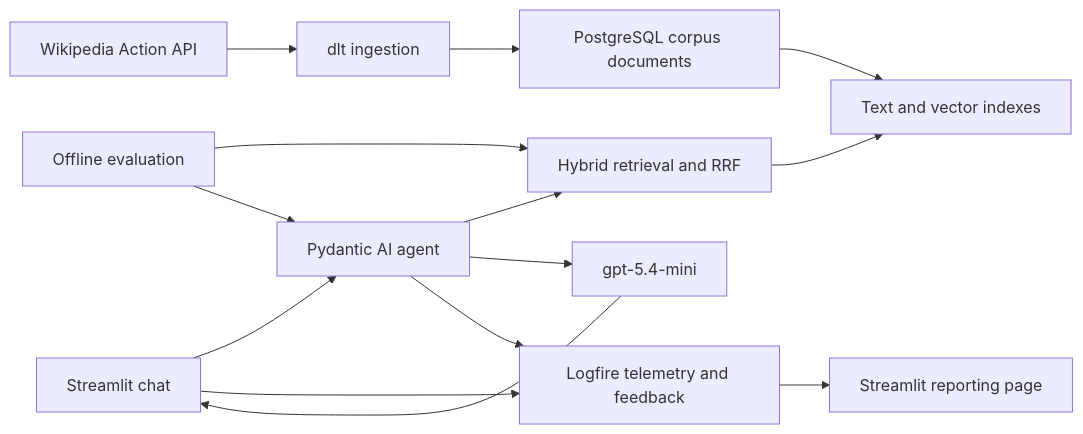
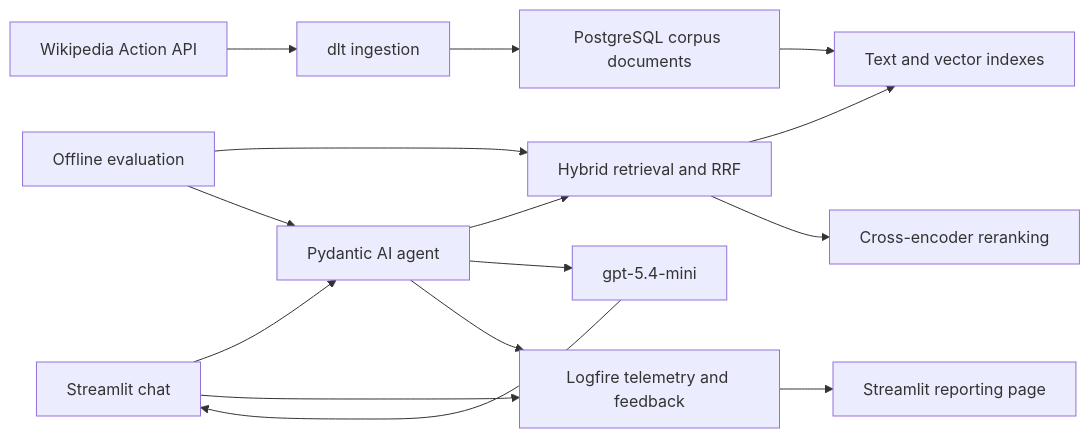
The diagram in ARCHITECTURE.md (joan-pareja/supernatural-expert), drawn with Mermaid before and after one commit. The commit also changed other lines of this file and 25 other files, not shown here.

````diff
--- a/ARCHITECTURE.md
+++ b/ARCHITECTURE.md
@@ -21,18 +21,19 @@
 ```mermaid
 flowchart LR
     wiki["Wikipedia Action API"] --> dlt["dlt ingestion"]
     dlt --> docs["PostgreSQL corpus documents"]
     docs --> index["Text and vector indexes"]
 
     user["Streamlit chat"] --> agent["Pydantic AI agent"]
     agent --> search["Hybrid retrieval and RRF"]
     search --> index
+    search --> rerank["Cross-encoder reranking"]
     agent --> llm["gpt-5.4-mini"]
     llm --> user
 
     eval["Offline evaluation"] --> search
     eval --> agent
     user --> logfire["Logfire telemetry and feedback"]
     agent --> logfire
     logfire --> report["Streamlit reporting page"]
 ```
````
